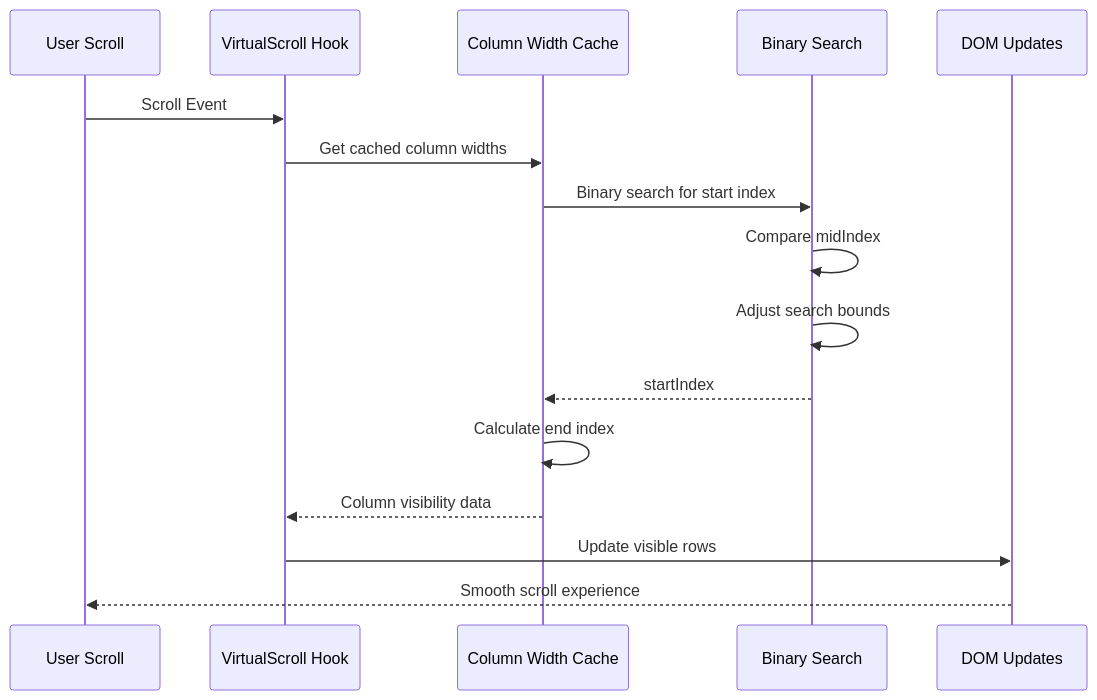
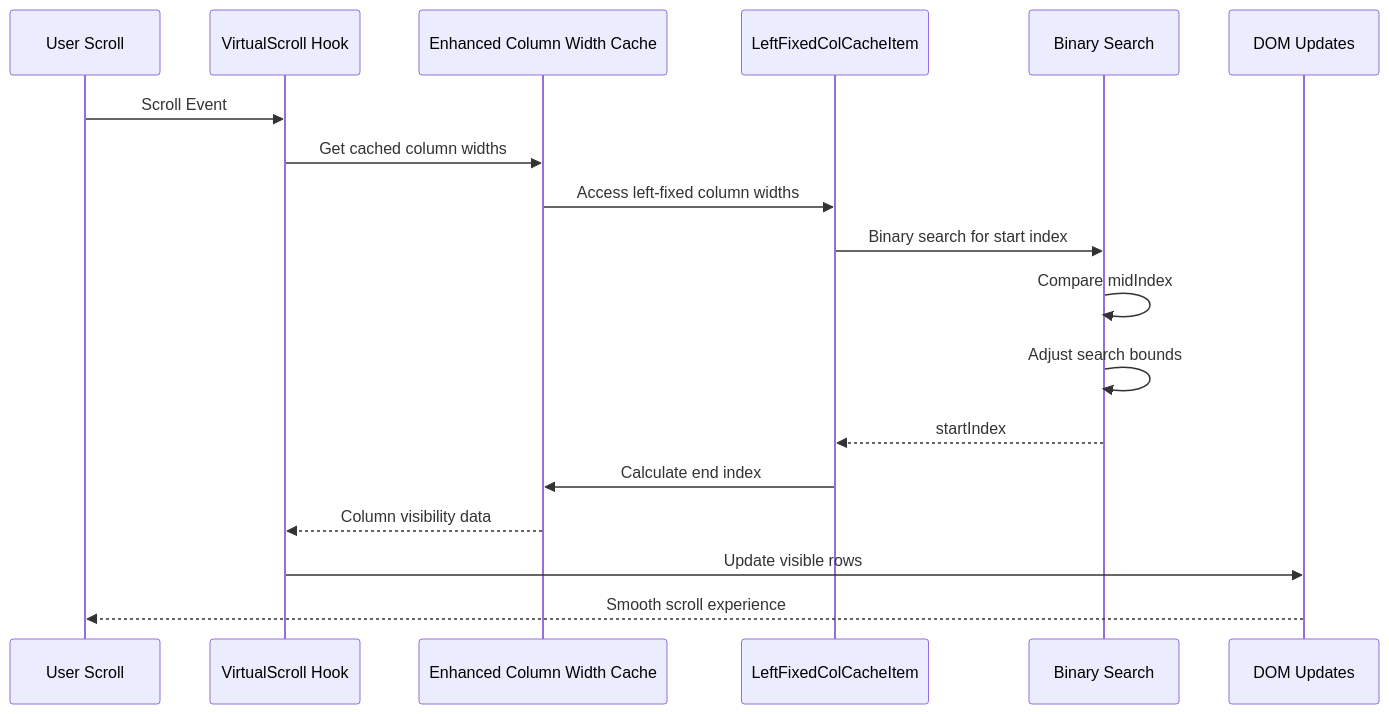
Before and after one commit to ja-plus/stk-table-vue: the sixth of 9 diagrams in .qoder/repowiki/en/content/Performance Optimization/Virtual Scrolling Performance Optimization.md, drawn with Mermaid. The commit also changed other lines of this file and 6 other files, not shown here.

````diff
--- a/.qoder/repowiki/en/content/Performance Optimization/Virtual Scrolling Performance Optimization.md
+++ b/.qoder/repowiki/en/content/Performance Optimization/Virtual Scrolling Performance Optimization.md
@@ -228,18 +266,20 @@
 ```mermaid
 sequenceDiagram
 participant User as User Scroll
 participant Hook as VirtualScroll Hook
-participant Cache as Column Width Cache
+participant Cache as Enhanced Column Width Cache
+participant LeftFixedCache as LeftFixedColCacheItem
 participant Binary as Binary Search
 participant DOM as DOM Updates
 User->>Hook : Scroll Event
 Hook->>Cache : Get cached column widths
-Cache->>Binary : Binary search for start index
+Cache->>LeftFixedCache : Access left-fixed column widths
+LeftFixedCache->>Binary : Binary search for start index
 Binary->>Binary : Compare midIndex
 Binary->>Binary : Adjust search bounds
-Binary-->>Cache : startIndex
-Cache->>Cache : Calculate end index
+Binary-->>LeftFixedCache : startIndex
+LeftFixedCache->>Cache : Calculate end index
 Cache-->>Hook : Column visibility data
 Hook->>DOM : Update visible rows
 DOM-->>User : Smooth scroll experience
 ```
````
